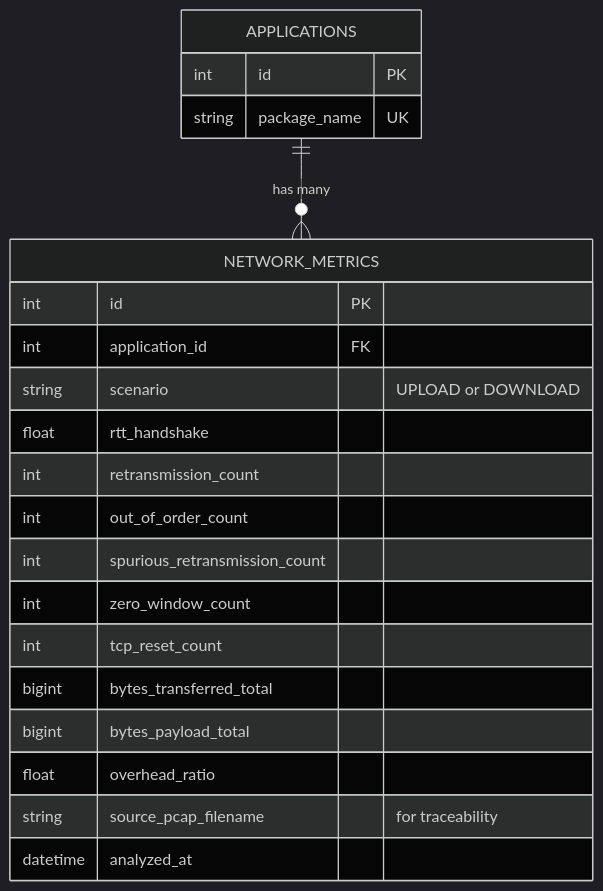
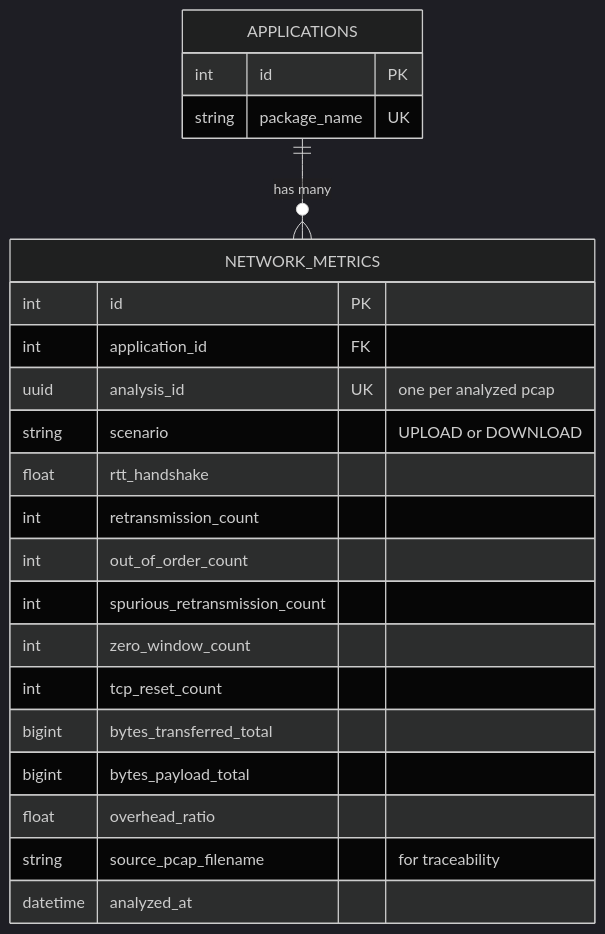
One commit to PayamDivsalar/PlayPulse changed the fourth of 4 diagrams in docs/raw_md/database_schema.md. Above: the diagram before and after it, drawn with Mermaid (dark theme). The commit also changed other lines of this file and 2 other files, not shown here.

First line of the commit message:
docs(storage_consumer): document the guarantees, schema ownership and runbooks

````diff
--- a/docs/raw_md/database_schema.md
+++ b/docs/raw_md/database_schema.md
@@ -491,24 +495,25 @@
 ```mermaid
 erDiagram
     APPLICATIONS ||--o{ NETWORK_METRICS : "has many"
     APPLICATIONS {
         int id PK
         string package_name UK
     }
     NETWORK_METRICS {
         int id PK
         int application_id FK
+        uuid analysis_id UK "one per analyzed pcap"
         string scenario "UPLOAD or DOWNLOAD"
         float rtt_handshake
         int retransmission_count
         int out_of_order_count
         int spurious_retransmission_count
         int zero_window_count
         int tcp_reset_count
         bigint bytes_transferred_total
         bigint bytes_payload_total
         float overhead_ratio
         string source_pcap_filename "for traceability"
         datetime analyzed_at
     }
 ```
````
